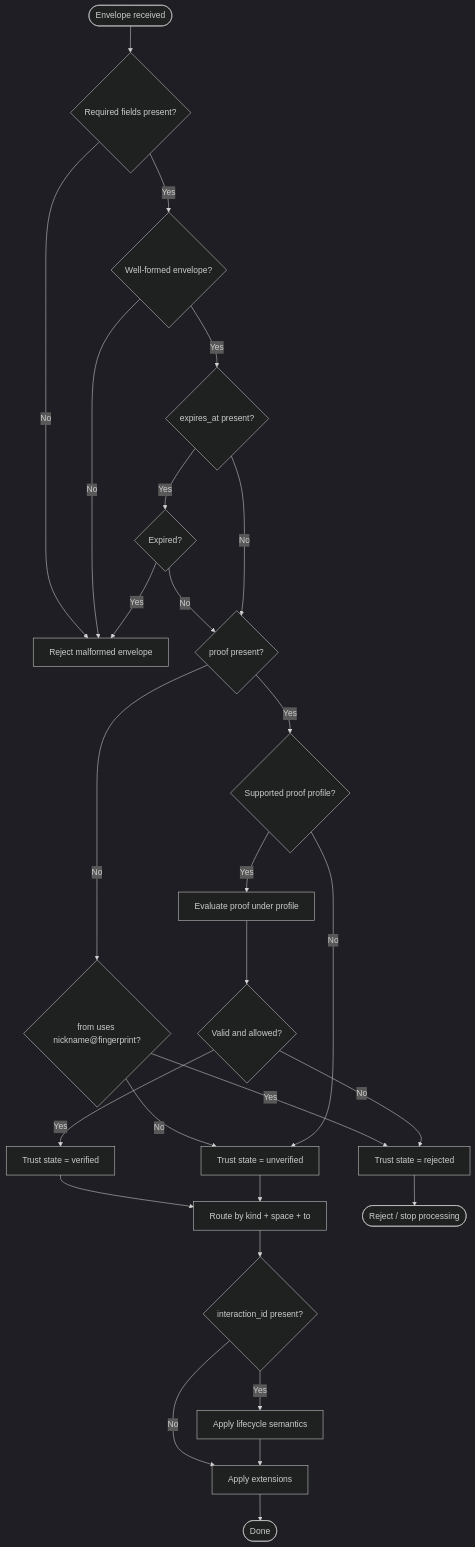
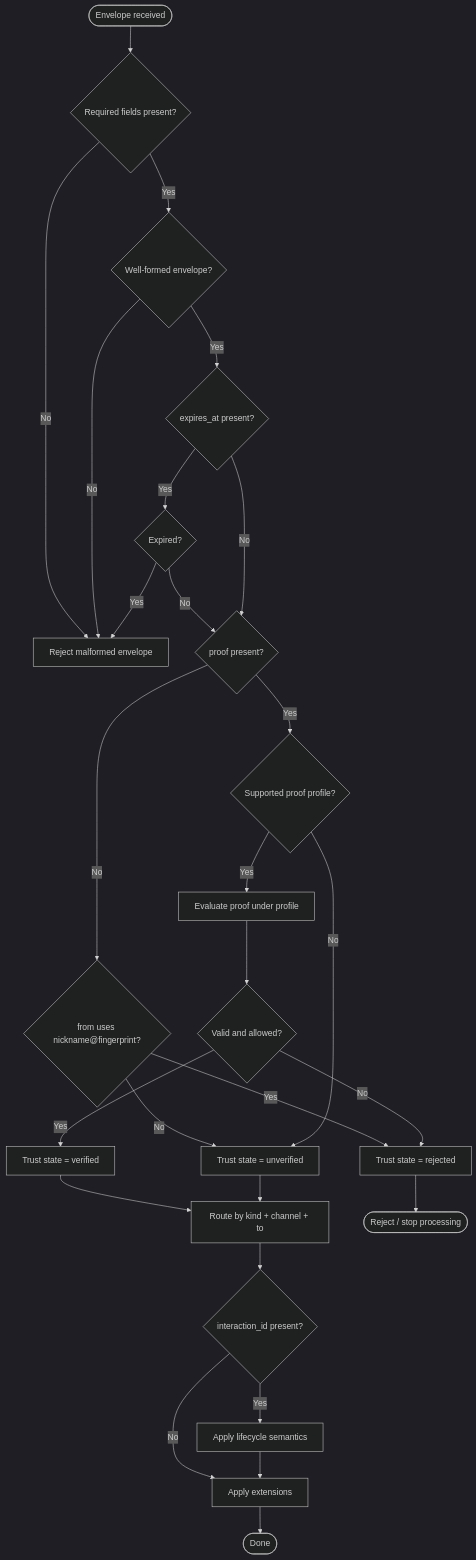
One commit to compozy/agh changed the first of 2 diagrams in docs/rfcs/004_agh-network-v1.md. Above: the diagram before and after it, drawn with Mermaid (dark theme). The commit also changed other lines of this file and 223 other files, not shown here.

````diff
--- a/docs/rfcs/004_agh-network-v1.md
+++ b/docs/rfcs/004_agh-network-v1.md
@@ -110,33 +110,33 @@
 ```mermaid
 flowchart TD
     Recv([Envelope received]) --> V1{Required fields present?}
     V1 -->|No| Reject[Reject malformed envelope]
     V1 -->|Yes| V2{Well-formed envelope?}
     V2 -->|No| Reject
     V2 -->|Yes| Exp{expires_at present?}
 
     Exp -->|Yes| ExpCheck{Expired?}
     ExpCheck -->|Yes| Reject
     ExpCheck -->|No| Proof
     Exp -->|No| Proof{proof present?}
 
     Proof -->|No| FromCheck{from uses nickname@fingerprint?}
     FromCheck -->|Yes| Rejected[Trust state = rejected]
     FromCheck -->|No| Unverified[Trust state = unverified]
     Proof -->|Yes| Profile{Supported proof profile?}
     Profile -->|No| Unverified
     Profile -->|Yes| TrustEval[Evaluate proof under profile]
     TrustEval --> TrustOk{Valid and allowed?}
     TrustOk -->|Yes| Verified[Trust state = verified]
     TrustOk -->|No| Rejected
 
-    Verified --> Route[Route by kind + space + to]
+    Verified --> Route[Route by kind + channel + to]
     Unverified --> Route
     Rejected --> Stop([Reject / stop processing])
 
     Route --> LC{interaction_id present?}
     LC -->|Yes| ApplyLC[Apply lifecycle semantics]
     LC -->|No| Ext[Apply extensions]
     ApplyLC --> Ext
     Ext --> Done([Done])
 ```
````
